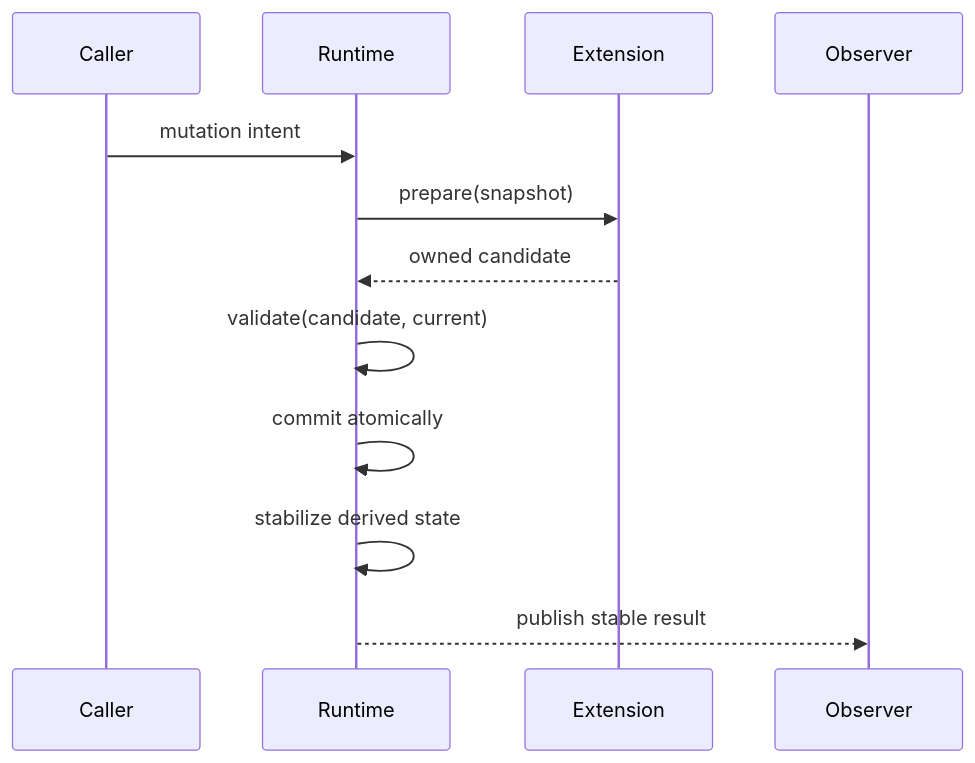
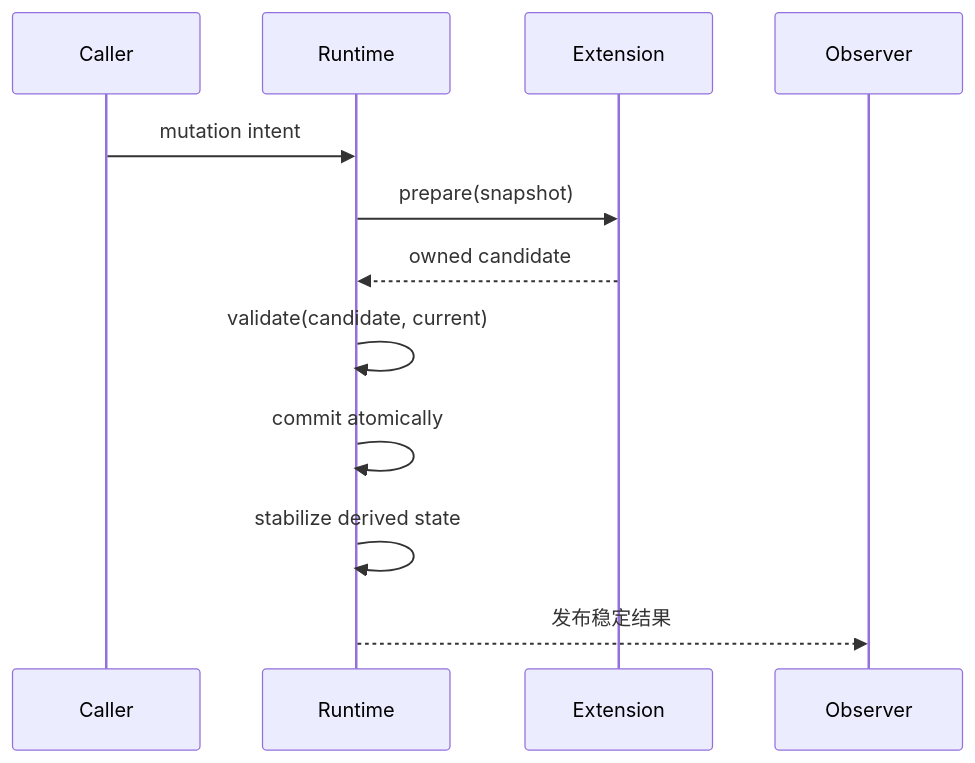
The second of 2 diagrams in engine/wasm_rust/novadraw/book/internals/src/03-pipeline-and-extension.md (yezhang/novadraw), drawn with Mermaid before and after one commit. The commit also changed other lines of this file and 25 other files, not shown here.

````diff
--- a/engine/wasm_rust/novadraw/book/internals/src/03-pipeline-and-extension.md
+++ b/engine/wasm_rust/novadraw/book/internals/src/03-pipeline-and-extension.md
@@ -143,15 +143,15 @@
 ```mermaid
 sequenceDiagram
     participant Caller
     participant Runtime
     participant Extension
     participant Observer
 
     Caller->>Runtime: mutation intent
     Runtime->>Extension: prepare(snapshot)
     Extension-->>Runtime: owned candidate
     Runtime->>Runtime: validate(candidate, current)
     Runtime->>Runtime: commit atomically
     Runtime->>Runtime: stabilize derived state
-    Runtime-->>Observer: publish stable result
+    Runtime-->>Observer: 发布稳定结果
 ```
````
